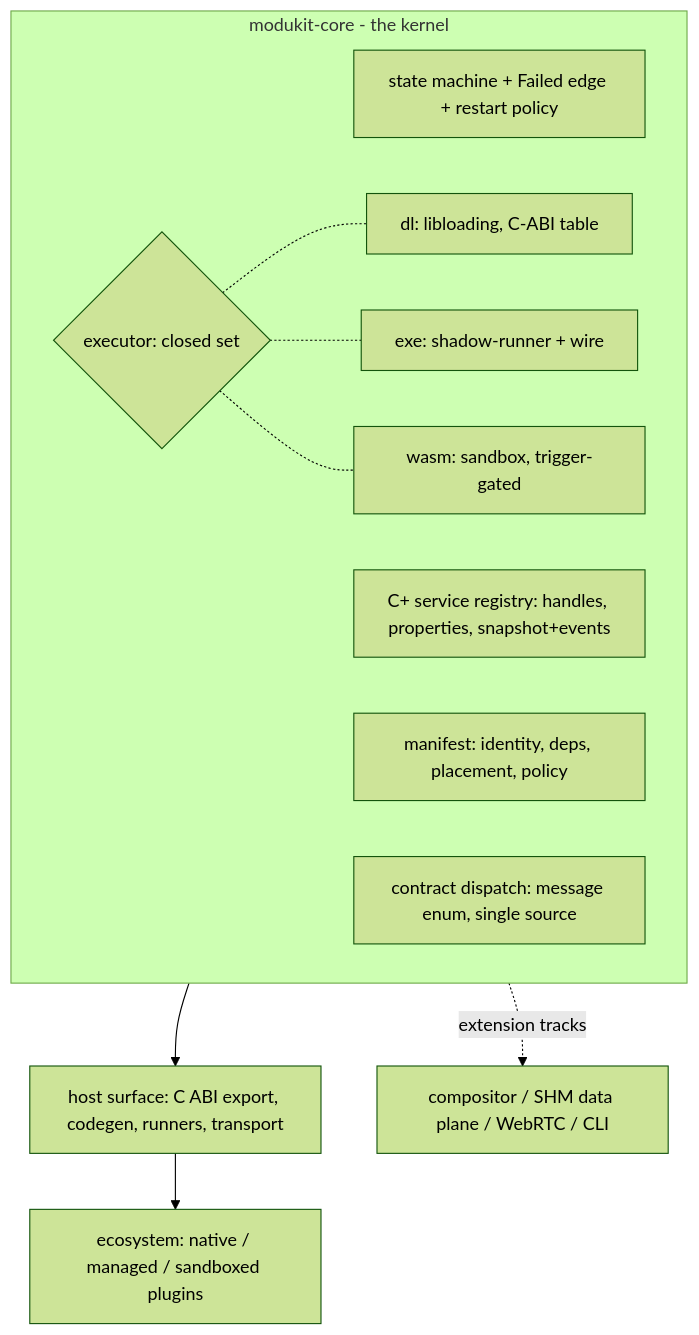
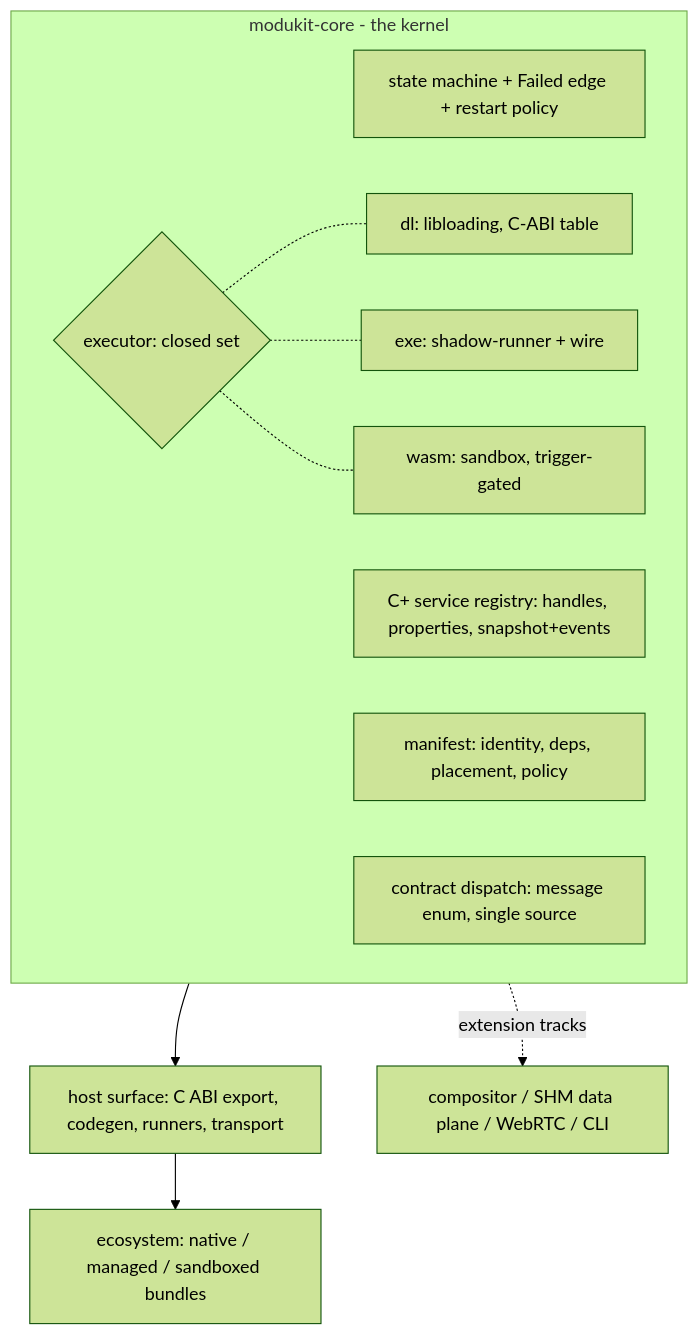
One commit to chengxuewen/ModuKit changed the diagram in docs/architecture.md. Above: the diagram before and after it, drawn with Mermaid (forest theme). The commit also changed other lines of this file and 24 other files, not shown here.

````diff
--- a/docs/architecture.md
+++ b/docs/architecture.md
@@ -51,16 +51,16 @@
 ```mermaid
 flowchart TD
     subgraph CORE [modukit-core - the kernel]
         SM[state machine + Failed edge + restart policy]
         REG[C+ service registry: handles, properties, snapshot+events]
         MAN[manifest: identity, deps, placement, policy]
         CON[contract dispatch: message enum, single source]
         EXE{executor: closed set}
         EXE -.- E1[dl: libloading, C-ABI table]
         EXE -.- E2[exe: shadow-runner + wire]
         EXE -.- E3[wasm: sandbox, trigger-gated]
     end
     CORE --> HOST[host surface: C ABI export, codegen, runners, transport]
-    HOST --> ECO[ecosystem: native / managed / sandboxed plugins]
+    HOST --> ECO[ecosystem: native / managed / sandboxed bundles]
     CORE -.extension tracks.-> EXT[compositor / SHM data plane / WebRTC / CLI]
 ```
````
